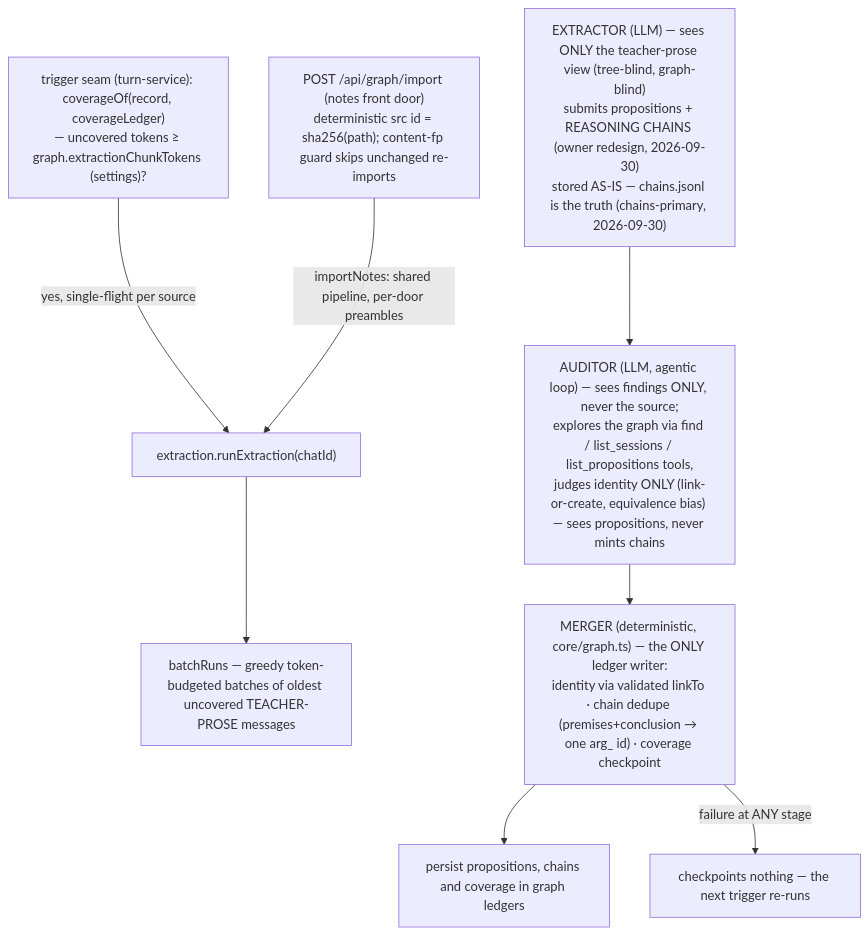
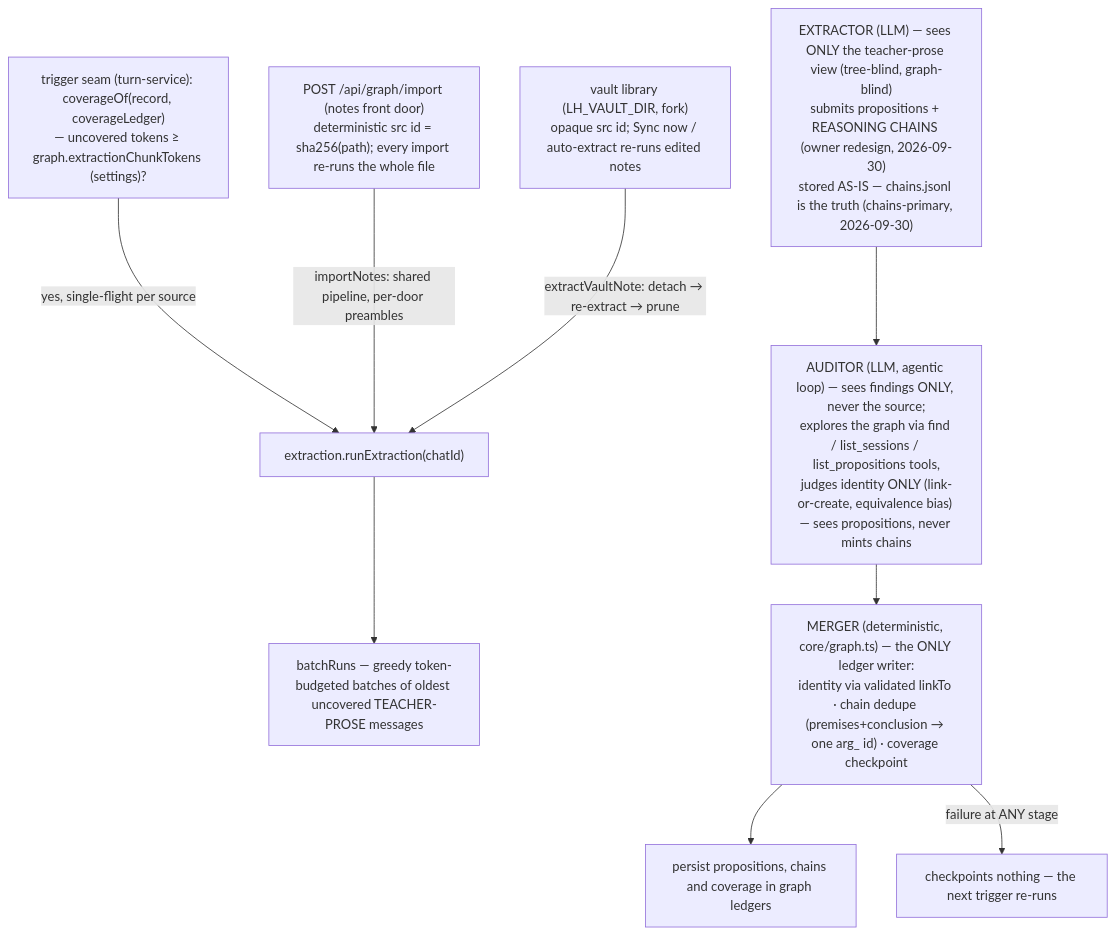
One commit to Banner7/learnharness changed the sixth of 6 diagrams in docs/architecture.md. Above: the diagram before and after it, drawn with Mermaid. The commit also changed other lines of this file and 12 other files, not shown here.

Commit message:
Vault library: review fixes (refuse before detach, no auto retry loop, prune on delete, keep dates) and slimmer runtime image

````diff
--- a/docs/architecture.md
+++ b/docs/architecture.md
@@ -344,11 +344,12 @@
 ```mermaid
 flowchart TB
     TRIG["trigger seam (turn-service): coverageOf(record, coverageLedger)<br/>— uncovered tokens ≥ graph.extractionChunkTokens (settings)?"] -->|"yes, single-flight per source"| RUN["extraction.runExtraction(chatId)"]
-    IMPORT["POST /api/graph/import (notes front door)<br/>deterministic src id = sha256(path); content-fp guard skips unchanged re-imports"] -->|"importNotes: shared pipeline, per-door preambles"| RUN
+    IMPORT["POST /api/graph/import (notes front door)<br/>deterministic src id = sha256(path); every import re-runs the whole file"] -->|"importNotes: shared pipeline, per-door preambles"| RUN
+    VAULT["vault library (LH_VAULT_DIR, fork)<br/>opaque src id; Sync now / auto-extract re-runs edited notes"] -->|"extractVaultNote: detach → re-extract → prune"| RUN
     RUN --> BATCH["batchRuns — greedy token-budgeted batches of oldest uncovered TEACHER-PROSE messages"]
     EXT["EXTRACTOR (LLM) — sees ONLY the teacher-prose view (tree-blind, graph-blind)<br/>submits propositions + REASONING CHAINS (owner redesign, 2026-09-30)<br/>stored AS-IS — chains.jsonl is the truth (chains-primary, 2026-09-30)"]
     EXT --> AUD["AUDITOR (LLM, agentic loop) — sees findings ONLY, never the source;<br/>explores the graph via find / list_sessions / list_propositions tools,<br/>judges identity ONLY (link-or-create, equivalence bias) — sees propositions, never mints chains"]
     AUD --> MERGE["MERGER (deterministic, core/graph.ts) — the ONLY ledger writer:<br/>identity via validated linkTo · chain dedupe (premises+conclusion → one arg_ id) · coverage checkpoint"]
     MERGE --> DATA["persist propositions, chains and coverage in graph ledgers"]
     MERGE -->|"failure at ANY stage"| NOTHING["checkpoints nothing — the next trigger re-runs"]
 ```
````
